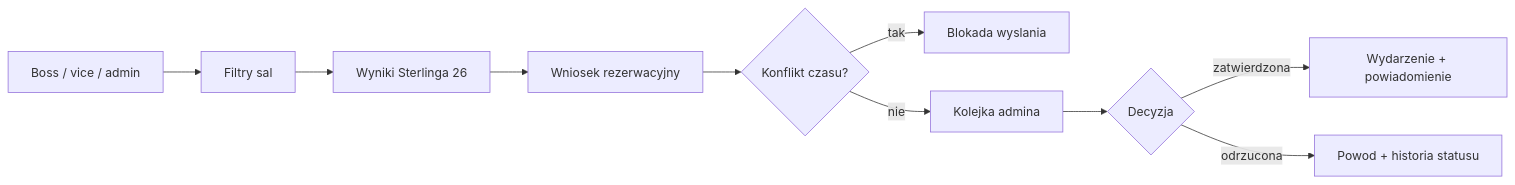
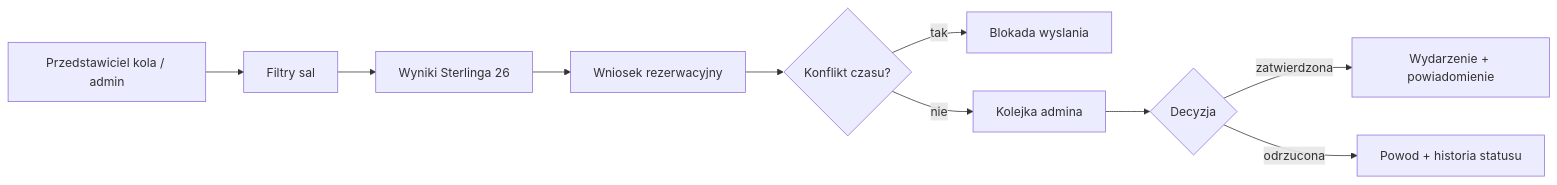
The third of 3 diagrams in docs/PROJECT_REPORT.md (pawelkwaczynski/student_spot), drawn with Mermaid before and after one commit. The commit also changed other lines of this file and 20 other files, not shown here.

````diff
--- a/docs/PROJECT_REPORT.md
+++ b/docs/PROJECT_REPORT.md
@@ -59,12 +59,12 @@
 ```mermaid
 flowchart LR
-  S["Boss / vice / admin"] --> F["Filtry sal"]
+  S["Przedstawiciel kola / admin"] --> F["Filtry sal"]
   F --> R["Wyniki Sterlinga 26"]
   R --> W["Wniosek rezerwacyjny"]
   W --> C{"Konflikt czasu?"}
   C -- tak --> X["Blokada wyslania"]
   C -- nie --> Q["Kolejka admina"]
   Q --> D{"Decyzja"}
   D -- zatwierdzona --> E["Wydarzenie + powiadomienie"]
   D -- odrzucona --> P["Powod + historia statusu"]
 ```
````
